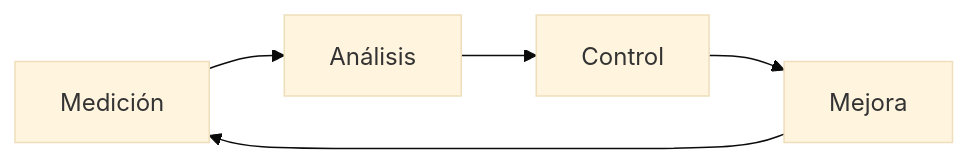
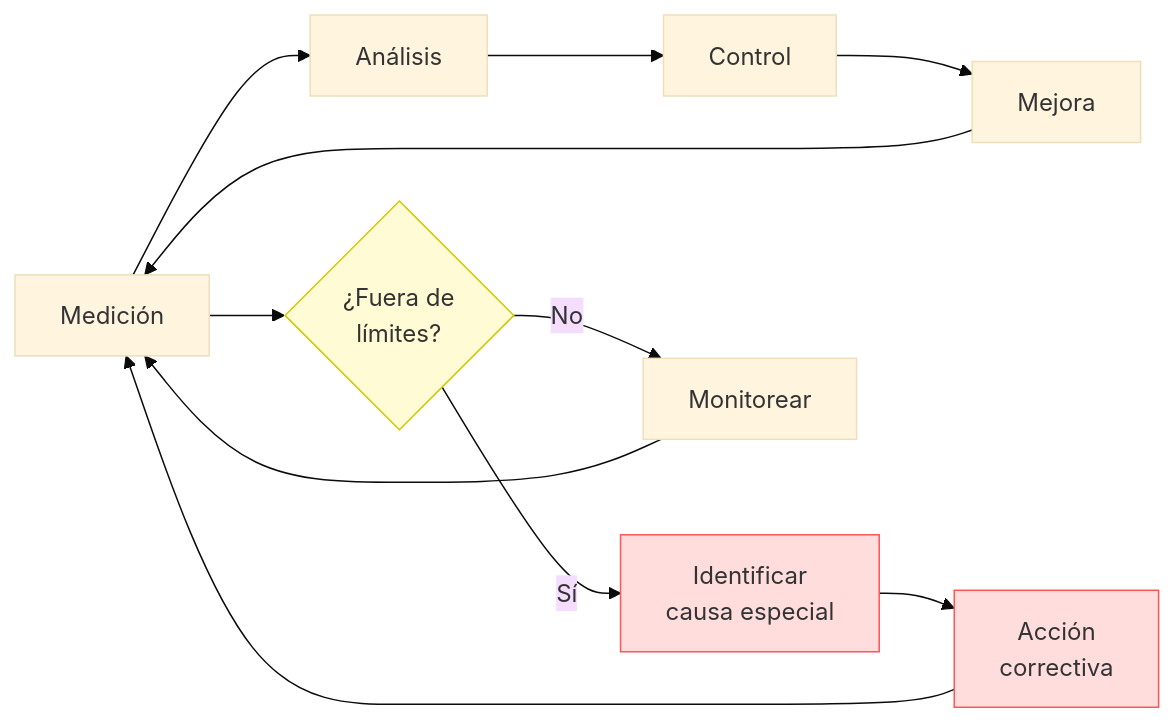
Before and after one commit to FCamaggi/gop-wiki: the third of 3 diagrams in public/content/clases/10-resumen-variabilidad-2025.05.08.md, drawn with Mermaid (base theme). The commit also changed other lines of this file and 36 other files, not shown here.

````diff
--- a/public/content/clases/10-resumen-variabilidad-2025.05.08.md
+++ b/public/content/clases/10-resumen-variabilidad-2025.05.08.md
@@ -46,7 +66,16 @@
 ```mermaid
 graph LR
     A[Medición] --> B[Análisis]
     B --> C[Control]
     C --> D[Mejora]
     D --> A
+    A --> E{¿Fuera de<br>límites?}
+    E -->|Sí| F[Identificar<br>causa especial]
+    E -->|No| G[Monitorear]
+    F --> H[Acción<br>correctiva]
+    H --> A
+    G --> A
+    style E fill:#fffbd4,stroke:#d1c705
+    style F fill:#ffdddd,stroke:#ff5555
+    style H fill:#ffdddd,stroke:#ff5555
 ```
````
